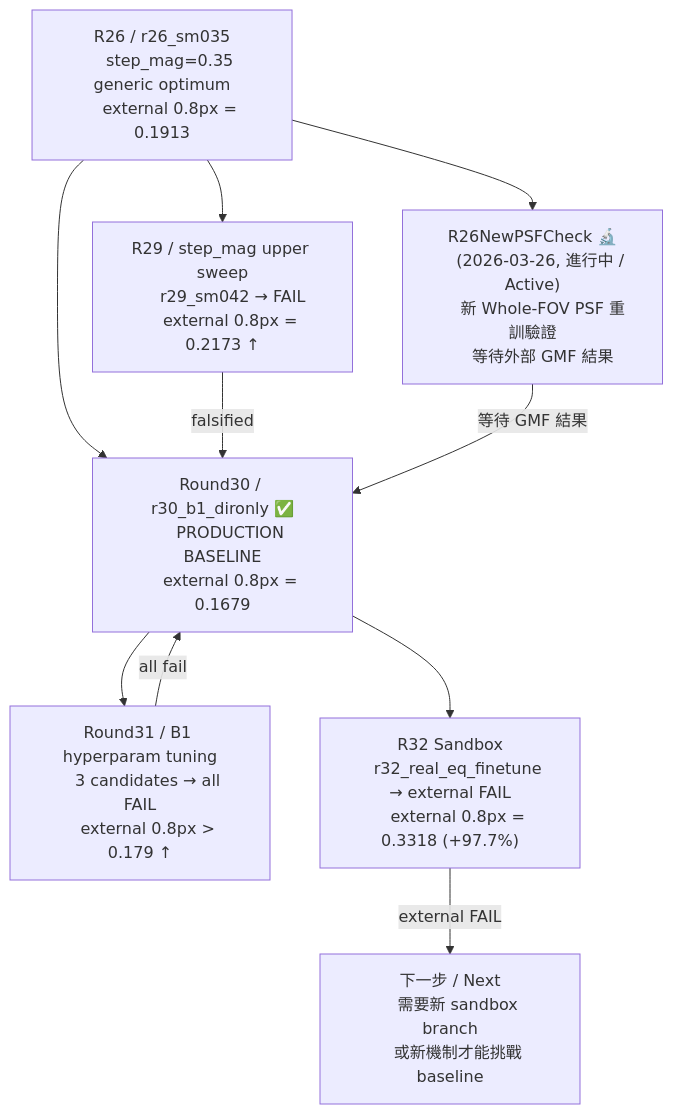
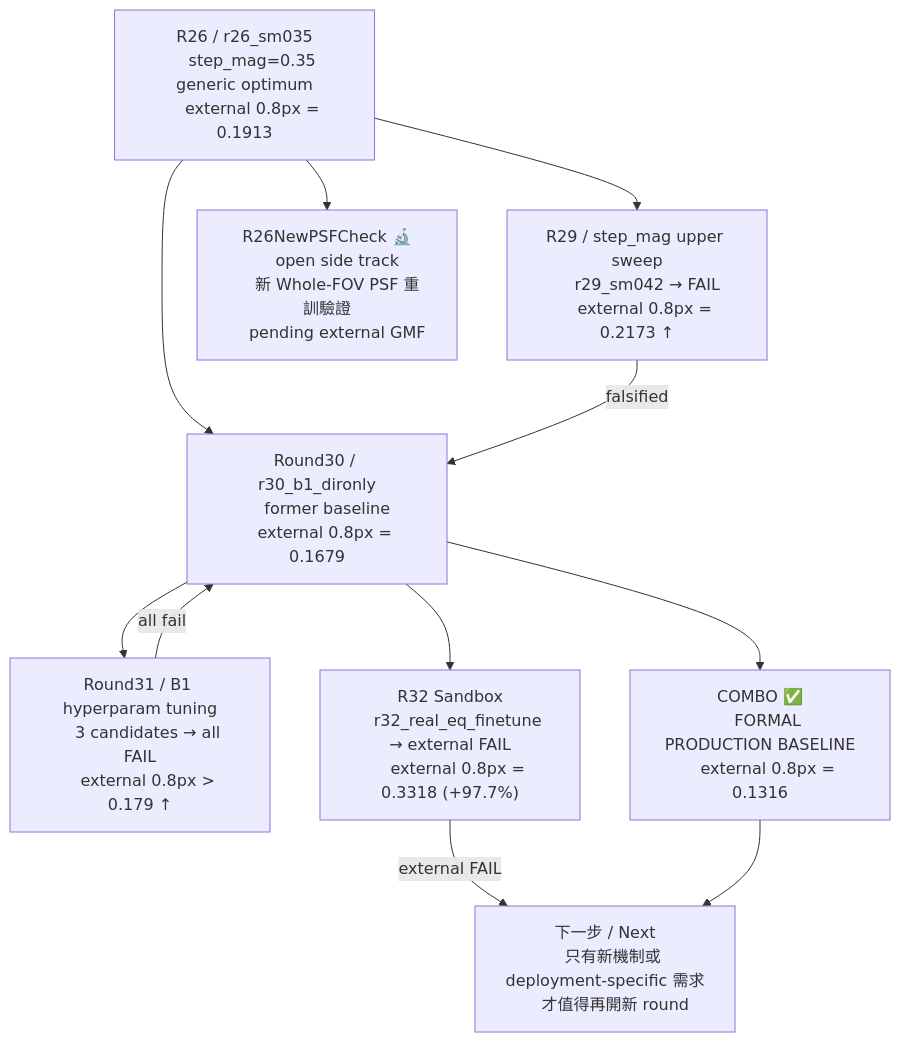
One commit to rio10255254/GMM_2_Final changed the diagram in README.md. Above: the diagram before and after it, drawn with Mermaid. The commit also changed other lines of this file and 27 other files, not shown here.

````diff
--- a/README.md
+++ b/README.md
@@ -294,41 +304,46 @@
 ```mermaid
 flowchart TD
     R26["R26 / r26_sm035
     step_mag=0.35 generic optimum
     external 0.8px = 0.1913"]
 
     R29["R29 / step_mag upper sweep
     r29_sm042 → FAIL
     external 0.8px = 0.2173 ↑"]
 
-    R30["Round30 / r30_b1_dironly ✅
-    PRODUCTION BASELINE
+    R30["Round30 / r30_b1_dironly
+    former baseline
     external 0.8px = 0.1679"]
 
     R31["Round31 / B1 hyperparam tuning
     3 candidates → all FAIL
     external 0.8px > 0.179 ↑"]
 
     R32["R32 Sandbox
     r32_real_eq_finetune → external FAIL
     external 0.8px = 0.3318 (+97.7%)"]
 
     R26PSF["R26NewPSFCheck 🔬
-    (2026-03-26, 進行中 / Active)
+    open side track
     新 Whole-FOV PSF 重訓驗證
-    等待外部 GMF 結果"]
+    pending external GMF"]
+
+    COMBO["COMBO ✅
+    FORMAL PRODUCTION BASELINE
+    external 0.8px = 0.1316"]
 
     NEXT["下一步 / Next
-    需要新 sandbox branch
-    或新機制才能挑戰 baseline"]
+    只有新機制或 deployment-specific 需求
+    才值得再開新 round"]
 
     R26 --> R30
     R26 --> R29
     R29 -- falsified --> R30
     R30 --> R31
     R31 -- all fail --> R30
     R30 --> R32
     R32 -- external FAIL --> NEXT
+    R30 --> COMBO
     R26 --> R26PSF
-    R26PSF -- 等待 GMF 結果 --> R30
+    COMBO --> NEXT
 ```
````
